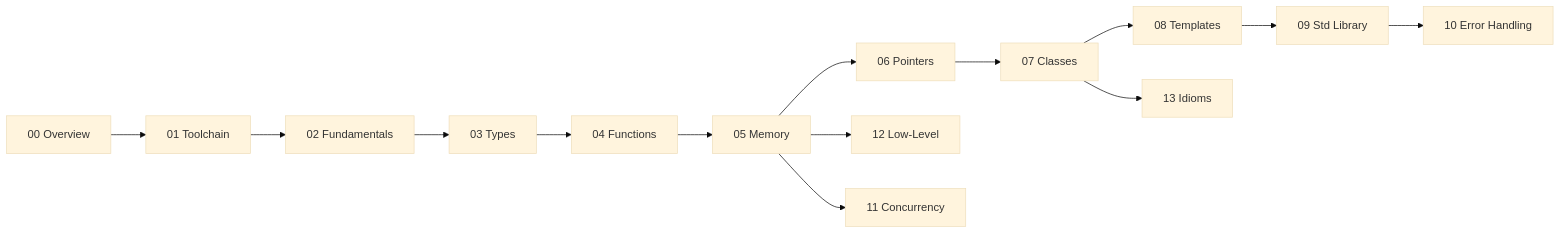
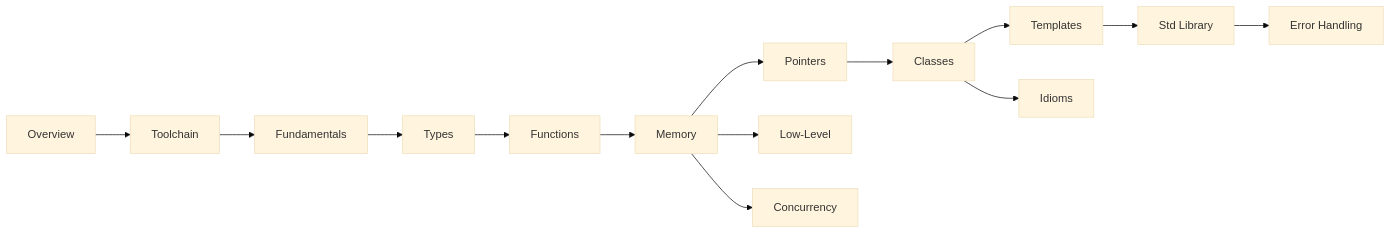
Before and after one commit to AndriiSonsiadlo/knowledge-base: the diagram in docs/programming/cpp/readme.md, drawn with Mermaid (base theme). The commit also changed other lines of this file and 2 other files, not shown here.

Commit message:
docs (C++): section icons and named section links in overview, drop section numbers

````diff
--- a/docs/programming/cpp/readme.md
+++ b/docs/programming/cpp/readme.md
@@ -43,16 +44,16 @@
 ```mermaid
 flowchart LR
-    O[00 Overview] --> T[01 Toolchain]
-    T --> F[02 Fundamentals]
-    F --> TY[03 Types]
-    TY --> FN[04 Functions]
-    FN --> M[05 Memory]
-    M --> P[06 Pointers]
-    P --> C[07 Classes]
-    C --> TPL[08 Templates]
-    TPL --> STL[09 Std Library]
-    M --> LL[12 Low-Level]
-    C --> ID[13 Idioms]
-    STL --> ERR[10 Error Handling]
-    M --> CC[11 Concurrency]
+    O[Overview] --> T[Toolchain]
+    T --> F[Fundamentals]
+    F --> TY[Types]
+    TY --> FN[Functions]
+    FN --> M[Memory]
+    M --> P[Pointers]
+    P --> C[Classes]
+    C --> TPL[Templates]
+    TPL --> STL[Std Library]
+    M --> LL[Low-Level]
+    C --> ID[Idioms]
+    STL --> ERR[Error Handling]
+    M --> CC[Concurrency]
 ```
````
